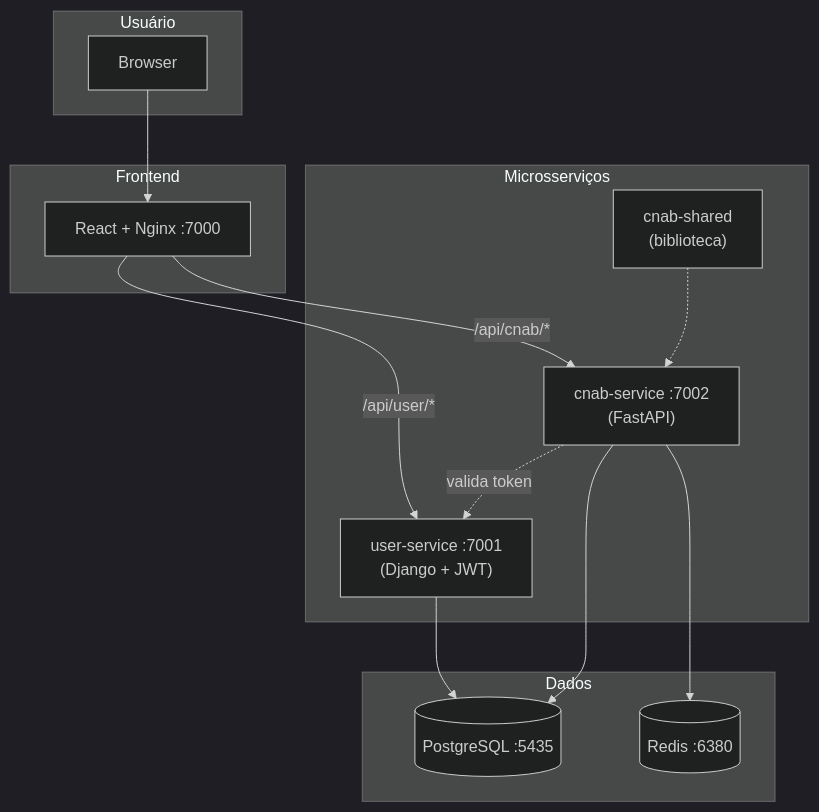
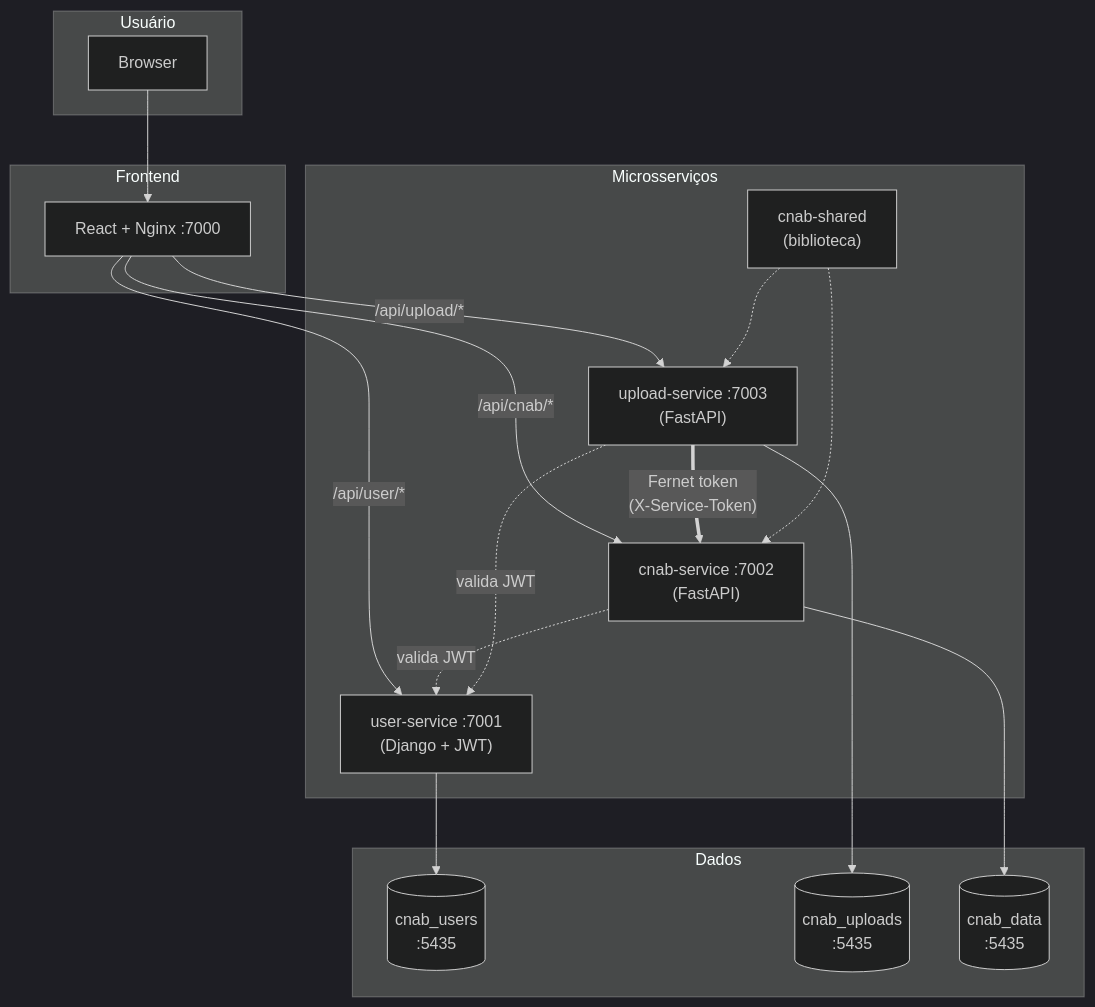
Before and after one commit to LucasBiason/desafio-dev: the diagram in docs/20-design/architecture.md, drawn with Mermaid (dark theme). The commit also changed other lines of this file and 35 other files, not shown here.

Commit message:
feat(cnab-service): add models, Alembic migrations, separate databases, ADR-001 and docs update

````diff
--- a/docs/20-design/architecture.md
+++ b/docs/20-design/architecture.md
@@ -7,30 +7,36 @@
 ```mermaid
 flowchart TB
   subgraph User["Usuário"]
     Browser[Browser]
   end
 
   subgraph Frontend["Frontend"]
     FE["React + Nginx :7000"]
   end
 
   subgraph Services["Microsserviços"]
     US["user-service :7001\n(Django + JWT)"]
+    UPS["upload-service :7003\n(FastAPI)"]
     CS["cnab-service :7002\n(FastAPI)"]
     SH["cnab-shared\n(biblioteca)"]
   end
 
   subgraph Data["Dados"]
-    PG[("PostgreSQL :5435")]
-    RD[("Redis :6380")]
+    PG_USERS[("cnab_users\n:5435")]
+    PG_UPLOADS[("cnab_uploads\n:5435")]
+    PG_DATA[("cnab_data\n:5435")]
   end
 
   Browser --> FE
   FE -->|"/api/user/*"| US
+  FE -->|"/api/upload/*"| UPS
   FE -->|"/api/cnab/*"| CS
-  CS -.->|"valida token"| US
+  UPS ==>|"Fernet token\n(X-Service-Token)"| CS
+  CS -.->|"valida JWT"| US
+  UPS -.->|"valida JWT"| US
   SH -.-> CS
-  US --> PG
-  CS --> PG
-  CS --> RD
+  SH -.-> UPS
+  US --> PG_USERS
+  UPS --> PG_UPLOADS
+  CS --> PG_DATA
 ```
````
